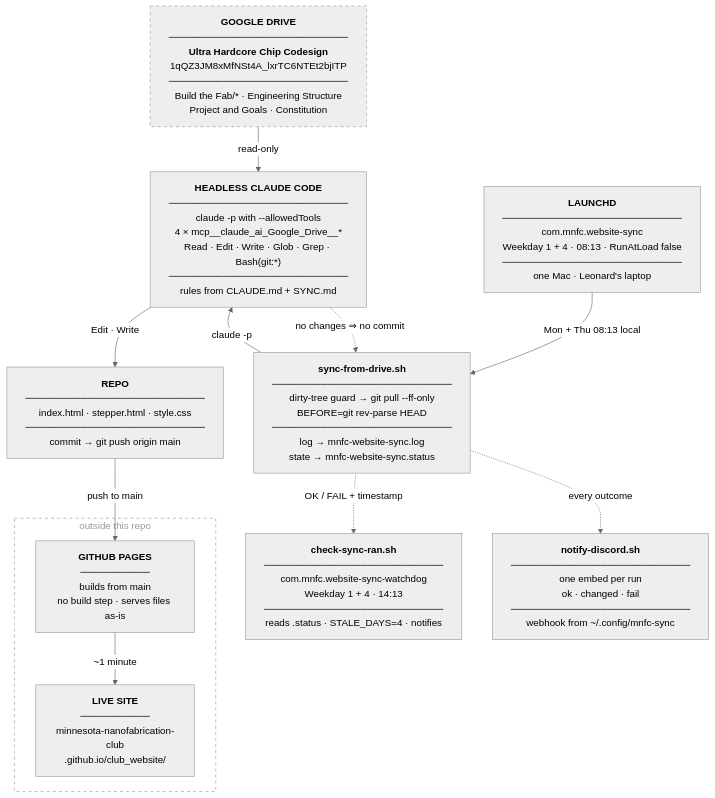
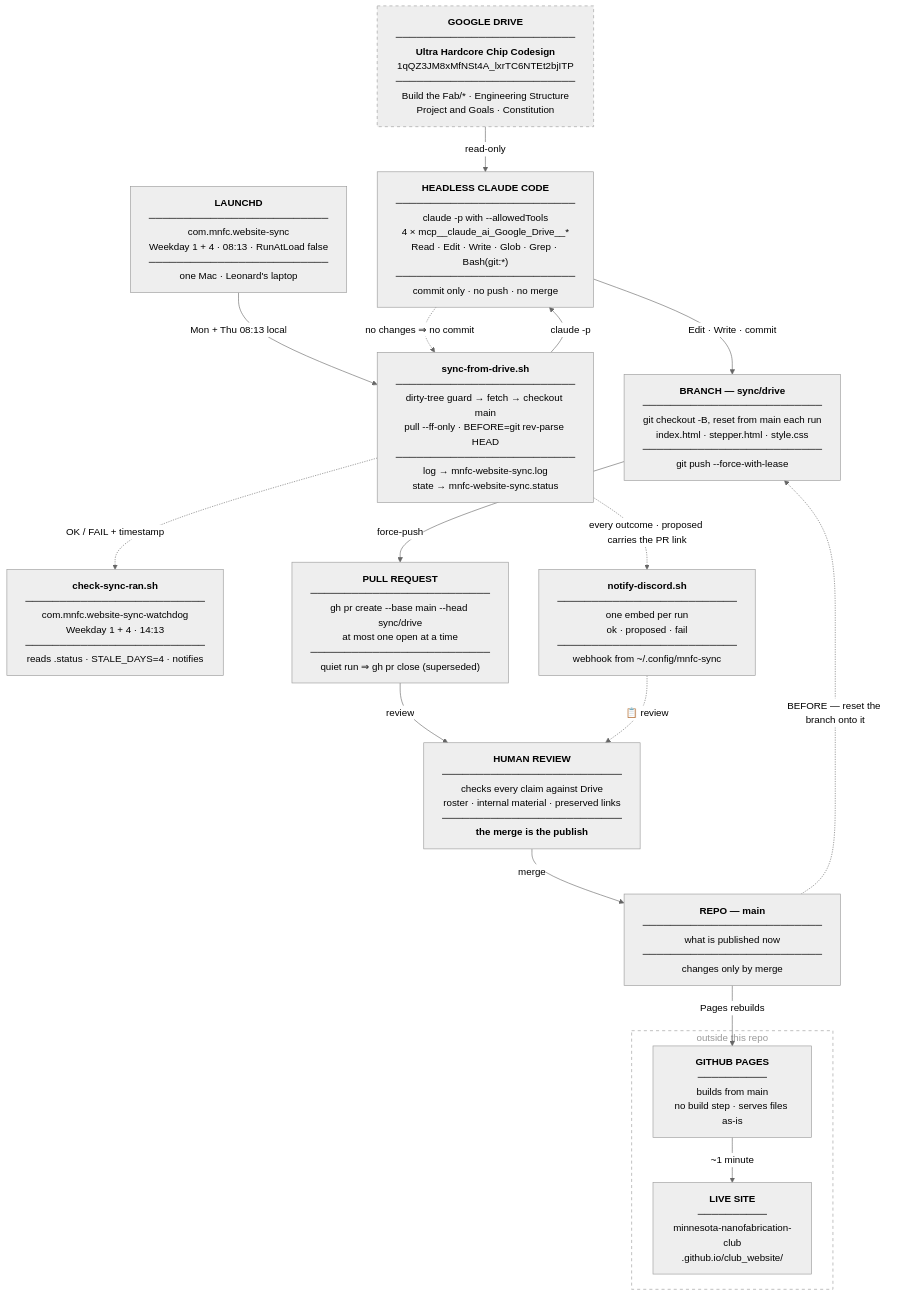
Before and after one commit to Minnesota-Nanofabrication-Club/club_website: the diagram in docs/architecture/overview.md, drawn with Mermaid (neutral theme). The commit also changed other lines of this file and 18 other files, not shown here.

First line of the commit message:
Document the propose-then-approve flow

````diff
--- a/docs/architecture/overview.md
+++ b/docs/architecture/overview.md
@@ -13,41 +14,55 @@
 ```mermaid
 flowchart TD
     DRIVE["<b>GOOGLE DRIVE</b><br/>──────────────────────────<br/><b>Ultra Hardcore Chip Codesign</b><br/>1qQZ3JM8xMfNSt4A_lxrTC6NTEt2bjITP<br/>──────────────────────────<br/>Build the Fab/* · Engineering Structure<br/>Project and Goals · Constitution"]
 
     LAUNCHD["<b>LAUNCHD</b><br/>──────────────────────────<br/>com.mnfc.website-sync<br/>Weekday 1 + 4 · 08:13 · RunAtLoad false<br/>──────────────────────────<br/>one Mac · Leonard's laptop"]
 
-    SCRIPT["<b>sync-from-drive.sh</b><br/>──────────────────────────<br/>dirty-tree guard → git pull --ff-only<br/>BEFORE=git rev-parse HEAD<br/>──────────────────────────<br/>log → mnfc-website-sync.log<br/>state → mnfc-website-sync.status"]
+    SCRIPT["<b>sync-from-drive.sh</b><br/>──────────────────────────<br/>dirty-tree guard → fetch → checkout main<br/>pull --ff-only · BEFORE=git rev-parse HEAD<br/>──────────────────────────<br/>log → mnfc-website-sync.log<br/>state → mnfc-website-sync.status"]
 
     WATCH["<b>check-sync-ran.sh</b><br/>──────────────────────────<br/>com.mnfc.website-sync-watchdog<br/>Weekday 1 + 4 · 14:13<br/>──────────────────────────<br/>reads .status · STALE_DAYS=4 · notifies"]
 
-    AGENT["<b>HEADLESS CLAUDE CODE</b><br/>──────────────────────────<br/>claude -p with --allowedTools<br/>4 × mcp__claude_ai_Google_Drive__*<br/>Read · Edit · Write · Glob · Grep · Bash(git:*)<br/>──────────────────────────<br/>rules from CLAUDE.md + SYNC.md"]
+    AGENT["<b>HEADLESS CLAUDE CODE</b><br/>──────────────────────────<br/>claude -p with --allowedTools<br/>4 × mcp__claude_ai_Google_Drive__*<br/>Read · Edit · Write · Glob · Grep · Bash(git:*)<br/>──────────────────────────<br/>commit only · no push · no merge"]
 
-    REPO["<b>REPO</b><br/>──────────────────────────<br/>index.html · stepper.html · style.css<br/>──────────────────────────<br/>commit → git push origin main"]
+    BRANCH["<b>BRANCH — sync/drive</b><br/>──────────────────────────<br/>git checkout -B, reset from main each run<br/>index.html · stepper.html · style.css<br/>──────────────────────────<br/>git push --force-with-lease"]
 
-    DISCORD["<b>notify-discord.sh</b><br/>──────────────────────────<br/>one embed per run<br/>ok · changed · fail<br/>──────────────────────────<br/>webhook from ~/.config/mnfc-sync"]
+    PR["<b>PULL REQUEST</b><br/>──────────────────────────<br/>gh pr create --base main --head sync/drive<br/>at most one open at a time<br/>──────────────────────────<br/>quiet run ⇒ gh pr close (superseded)"]
+
+    HUMAN["<b>HUMAN REVIEW</b><br/>──────────────────────────<br/>checks every claim against Drive<br/>roster · internal material · preserved links<br/>──────────────────────────<br/><b>the merge is the publish</b>"]
+
+    MAIN["<b>REPO — main</b><br/>──────────────────────────<br/>what is published now<br/>──────────────────────────<br/>changes only by merge"]
+
+    DISCORD["<b>notify-discord.sh</b><br/>──────────────────────────<br/>one embed per run<br/>ok · proposed · fail<br/>──────────────────────────<br/>webhook from ~/.config/mnfc-sync"]
 
     subgraph EXT ["outside this repo"]
         PAGES["<b>GITHUB PAGES</b><br/>──────────<br/>builds from main<br/>no build step · serves files as-is"]
         SITE["<b>LIVE SITE</b><br/>──────────<br/>minnesota-nanofabrication-club<br/>.github.io/club_website/"]
     end
 
     DRIVE -->|"read-only"| AGENT
     LAUNCHD -->|"Mon + Thu 08:13 local"| SCRIPT
     SCRIPT -->|"claude -p"| AGENT
-    AGENT -->|"Edit · Write"| REPO
-    REPO -->|"push to main"| PAGES
+    AGENT -->|"Edit · Write · commit"| BRANCH
+    BRANCH -->|"force-push"| PR
+    PR -->|"review"| HUMAN
+    HUMAN -->|"merge"| MAIN
+    MAIN -->|"Pages rebuilds"| PAGES
     PAGES -->|"~1 minute"| SITE
+    MAIN -. "BEFORE — reset the branch onto it" .-> BRANCH
     AGENT -. "no changes ⇒ no commit" .-> SCRIPT
     SCRIPT -. "OK / FAIL + timestamp" .-> WATCH
-    SCRIPT -. "every outcome" .-> DISCORD
+    SCRIPT -. "every outcome · proposed carries the PR link" .-> DISCORD
+    DISCORD -. "📋 review" .-> HUMAN
 
     style EXT stroke-dasharray:5 5,fill:transparent,stroke:#999,color:#999
     style DRIVE stroke-dasharray:5 5
 
     click DRIVE href "../data-contracts/"
     click LAUNCHD href "../../operations/schedule/"
     click SCRIPT href "../../operations/sync-run/"
     click AGENT href "../../operations/sync-run/"
+    click BRANCH href "../../operations/sync-run/"
+    click PR href "../../operations/reviewing-changes/"
+    click HUMAN href "../../operations/reviewing-changes/"
     click WATCH href "../../operations/schedule/"
     click DISCORD href "../../operations/notifications/"
 ```
````
